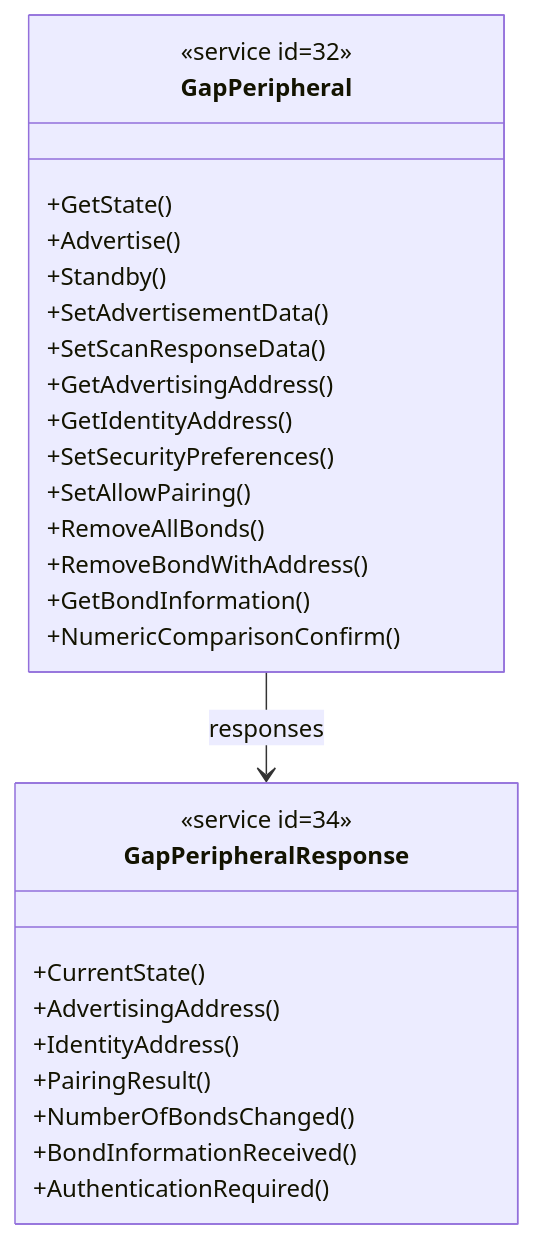
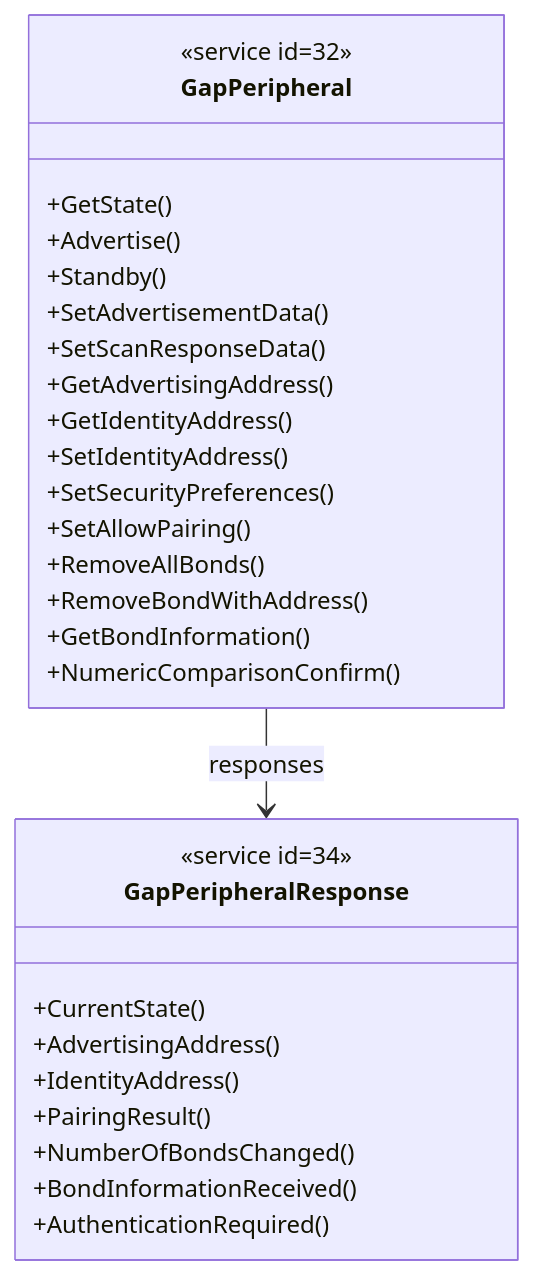
One commit to philips-software/amp-embedded-infra-lib changed the diagram in documents/modules/ROOT/partials/echoservices/gap_peripheral/GapPeripheral_class.mmd. Above: the diagram before and after it, drawn with Mermaid. The commit also changed 7 other files, not shown here.

Commit message:
add SetIdentityAddress to gap peripheral

```diff
--- a/documents/modules/ROOT/partials/echoservices/gap_peripheral/GapPeripheral_class.mmd
+++ b/documents/modules/ROOT/partials/echoservices/gap_peripheral/GapPeripheral_class.mmd
@@ -1,28 +1,29 @@
 classDiagram
     class GapPeripheral {
         <<service id=32>>
         +GetState()
         +Advertise()
         +Standby()
         +SetAdvertisementData()
         +SetScanResponseData()
         +GetAdvertisingAddress()
         +GetIdentityAddress()
+        +SetIdentityAddress()
         +SetSecurityPreferences()
         +SetAllowPairing()
         +RemoveAllBonds()
         +RemoveBondWithAddress()
         +GetBondInformation()
         +NumericComparisonConfirm()
     }
     class GapPeripheralResponse {
         <<service id=34>>
         +CurrentState()
         +AdvertisingAddress()
         +IdentityAddress()
         +PairingResult()
         +NumberOfBondsChanged()
         +BondInformationReceived()
         +AuthenticationRequired()
     }
     GapPeripheral --> GapPeripheralResponse : responses
```
